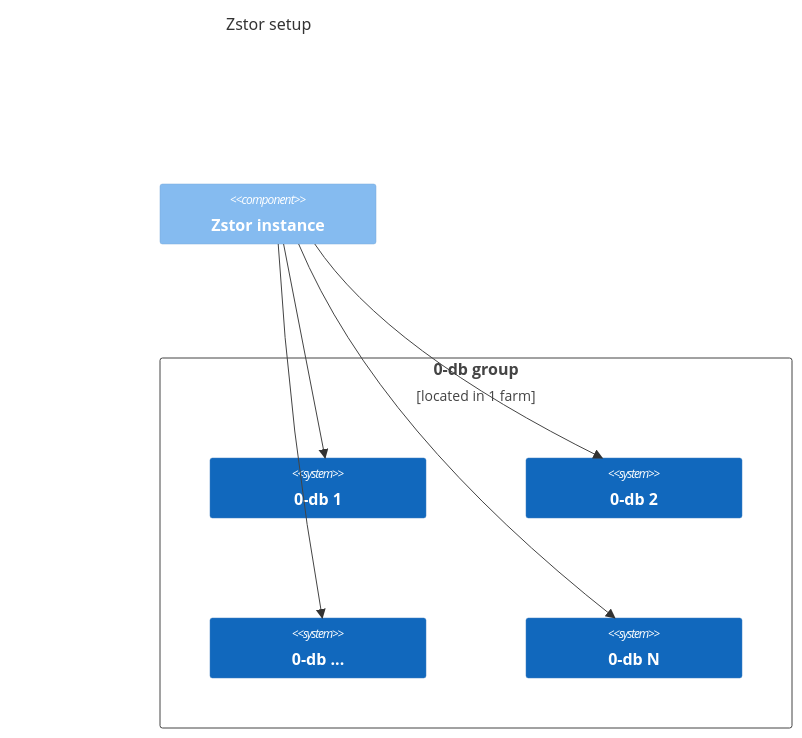
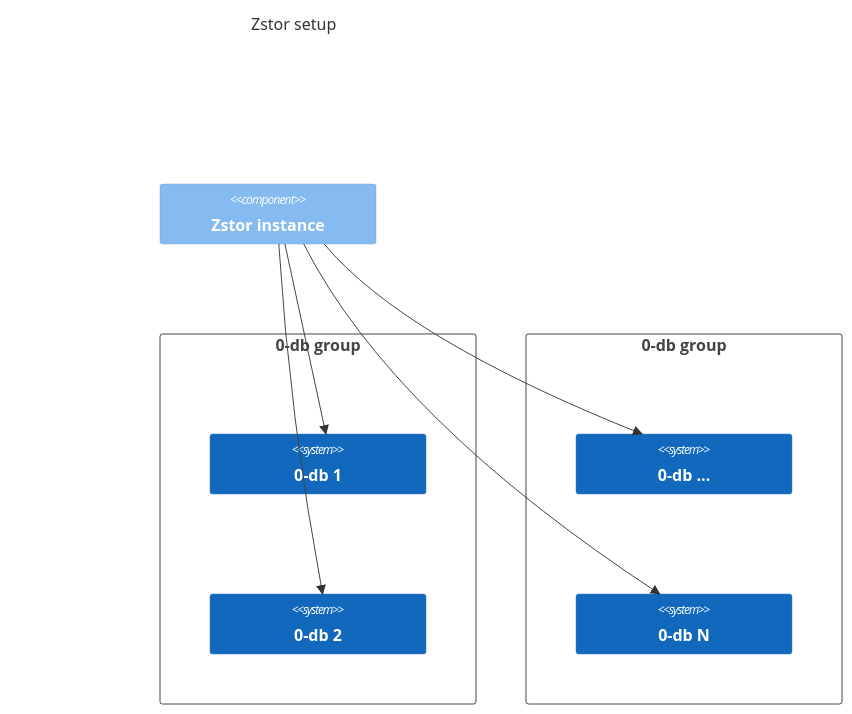
The diagram in README.md (threefoldtech/0-stor_v2), drawn with Mermaid before and after one commit. The commit also changed other lines of this file, not shown here.

Commit message:
Visualise multiple 0-db groups in the Zstor setup diagram in the readme

````diff
--- a/README.md
+++ b/README.md
@@ -14,17 +14,20 @@
 ```mermaid
 C4Component
 title Zstor setup
 
 Component(zstor, "Zstor instance")
 
-Deployment_Node(zerodbgroup,"0-db group", "located in 1 farm"){
+Deployment_Node(zerodbgroup0,"0-db group", ""){
     System(zerodb1,"0-db 1")
-    System(zerodb2,"0-db 2") 
+    System(zerodb2,"0-db 2")
+}
+Deployment_Node(zerodbgroup1,"0-db group", ""){
     System(zerodbx,"0-db ...") 
     System(zerodbn,"0-db N") 
 }
+
 Rel(zstor, zerodb1, "")
 Rel(zstor, zerodb2, "")
 Rel(zstor, zerodbx, "")
 Rel(zstor, zerodbn, "")
 ```
````
